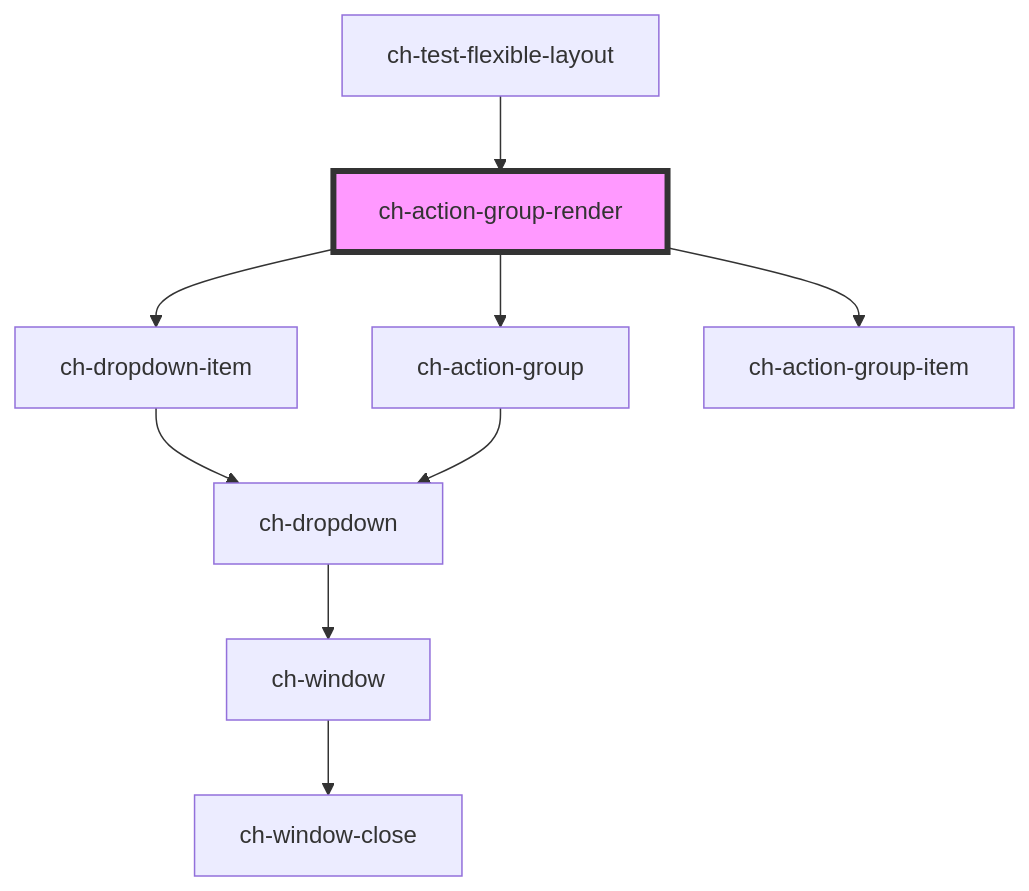
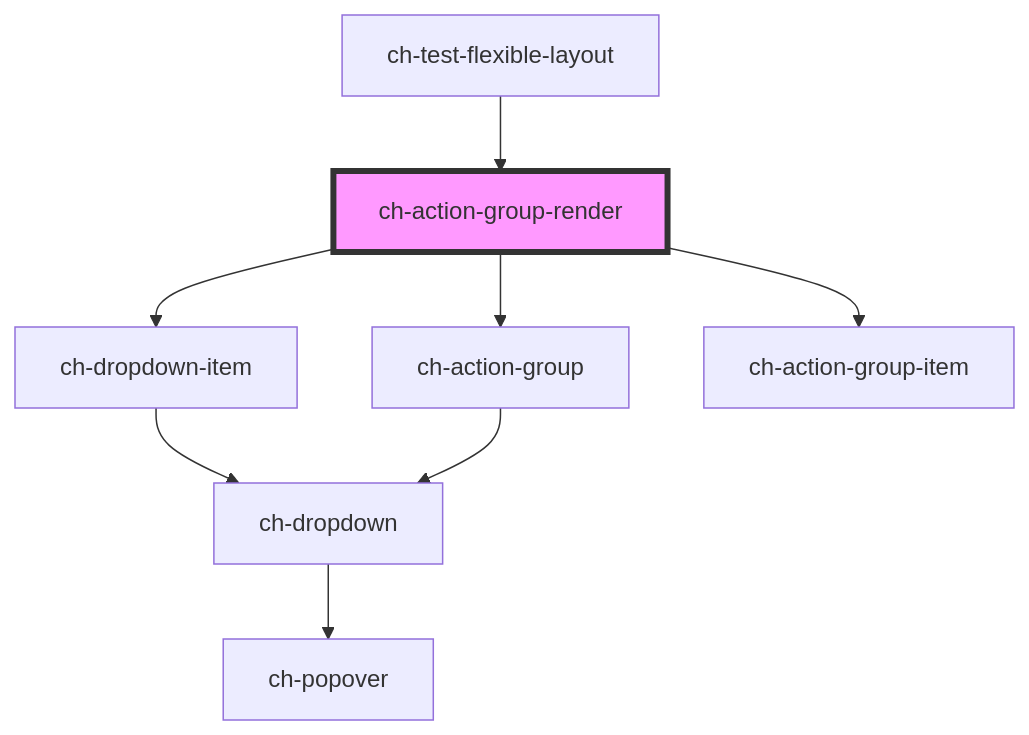
The diagram in src/components/renders/action-group/readme.md (genexuslabs/chameleon-controls-library), drawn with Mermaid before and after one commit. The commit also changed 7 other files, not shown here.

````diff
--- a/src/components/renders/action-group/readme.md
+++ b/src/components/renders/action-group/readme.md
@@ -39,12 +39,11 @@
 ```mermaid
 graph TD;
   ch-action-group-render --> ch-dropdown-item
   ch-action-group-render --> ch-action-group
   ch-action-group-render --> ch-action-group-item
   ch-dropdown-item --> ch-dropdown
-  ch-dropdown --> ch-window
-  ch-window --> ch-window-close
+  ch-dropdown --> ch-popover
   ch-action-group --> ch-dropdown
   ch-test-flexible-layout --> ch-action-group-render
   style ch-action-group-render fill:#f9f,stroke:#333,stroke-width:4px
 ```
````
